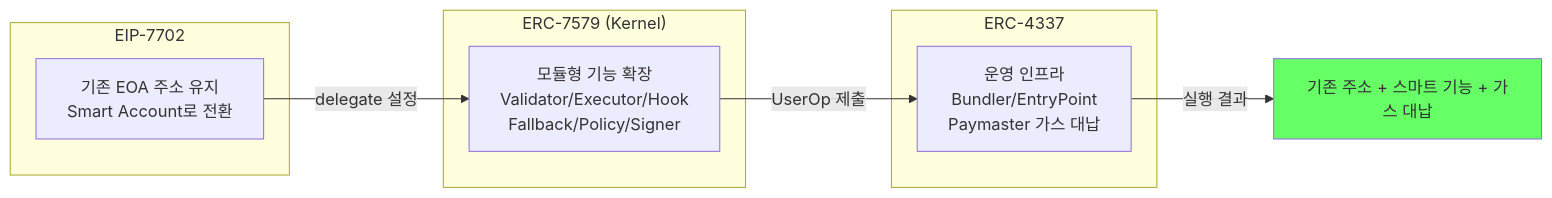
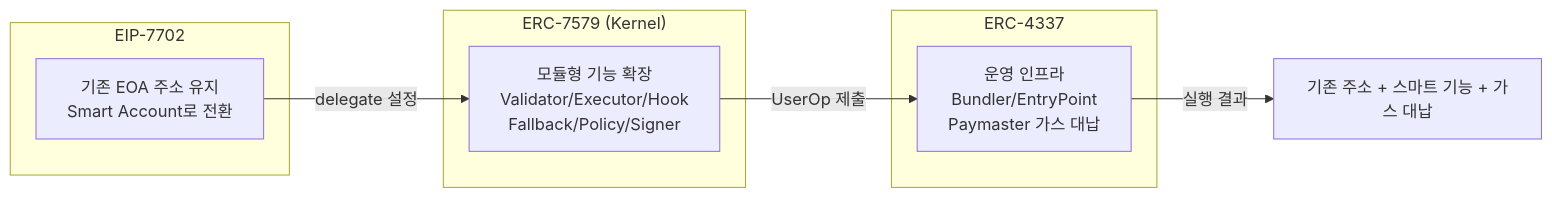
Before and after one commit to onlyhyde/stable-platform: the first of 8 diagrams in docs/claude/00-overview.md, drawn with Mermaid. The commit also changed other lines of this file and 15 other files, not shown here.

````diff
--- a/docs/claude/00-overview.md
+++ b/docs/claude/00-overview.md
@@ -9,20 +9,20 @@
 ```mermaid
 flowchart LR
     subgraph "EIP-7702"
         A["기존 EOA 주소 유지<br/>Smart Account로 전환"]
     end
 
     subgraph "ERC-7579 (Kernel)"
         B["모듈형 기능 확장<br/>Validator/Executor/Hook<br/>Fallback/Policy/Signer"]
     end
 
     subgraph "ERC-4337"
         C["운영 인프라<br/>Bundler/EntryPoint<br/>Paymaster 가스 대납"]
     end
 
     A -->|"delegate 설정"| B
     B -->|"UserOp 제출"| C
     C -->|"실행 결과"| D["기존 주소 + 스마트 기능 + 가스 대납"]
 
-    style D fill:#6f6
+    style D fill:
 ```
````
